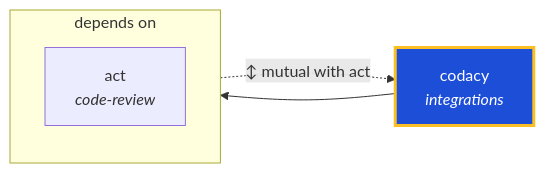
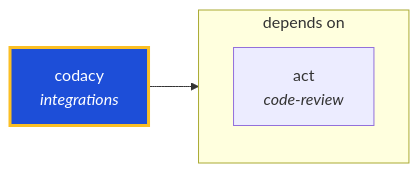
One commit to ThePlenkov/skills changed the diagram in docs/graphs/generated/codacy.md. Above: the diagram before and after it, drawn with Mermaid. The commit also changed other lines of this file and 40 other files, not shown here.

````diff
--- a/docs/graphs/generated/codacy.md
+++ b/docs/graphs/generated/codacy.md
@@ -22,13 +22,12 @@
 ```mermaid
 graph LR
   codacy["codacy<br/><i>integrations</i>"]
   classDef center fill:#1d4ed8,stroke:#fbbf24,stroke-width:3px,color:#fff
   class codacy center
 
   subgraph sg_depends_on["depends on"]
     direction TB
     act["act<br/><i>code-review</i>"]
   end
   codacy --> act
-  act -. "↕ mutual with act" .-> codacy
 ```
````
